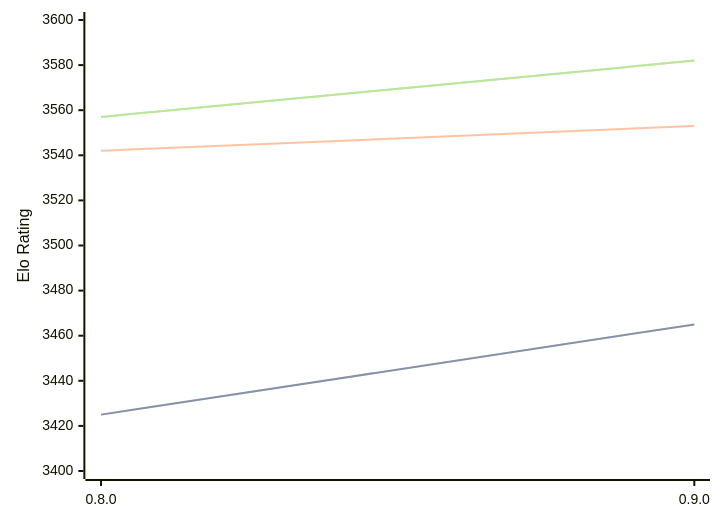
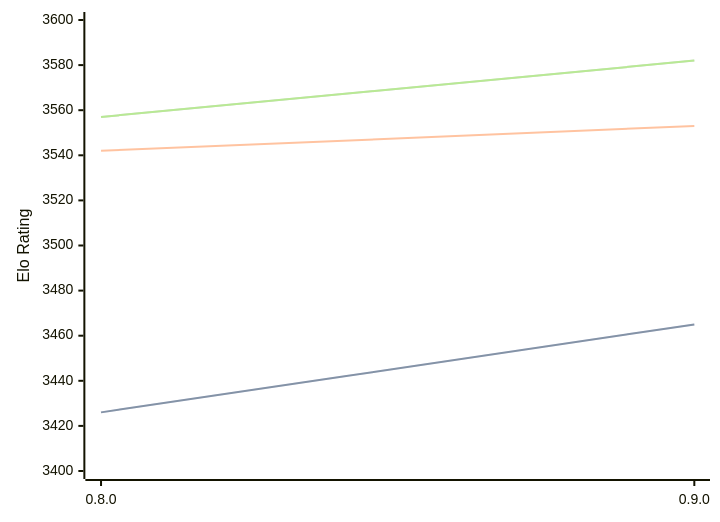
The first of 3 diagrams in engines/Reckless.md (computer-chess-index/cci), drawn with Mermaid before and after one commit. The commit also changed other lines of this file, not shown here.

````diff
--- a/engines/Reckless.md
+++ b/engines/Reckless.md
@@ -39,11 +39,11 @@
 ```mermaid
 %%{init: {"theme":"base","themeVariables":{"seriesColors:['#a3a3a3','#222221','#faa371']}}}%%
 xychart-beta
   x-axis ["0.8.0", "0.9.0"]
   y-axis "Elo Rating" 3400 --> 3600
-  line "STC (8.0+0.08s)" [3425, 3465]
-  line "STC (8.0+0.08s)" [3425, 3465]
+  line "STC (8.0+0.08s)" [3426, 3465]
+  line "STC (8.0+0.08s)" [3426, 3465]
   line "LTC (60.0+0.60s)" [3542, 3553]
   line "VLTC (2m24s+1.12s)" [3557, 3582]
   line "VLTC (2m24s+1.12s)" [3557, 3582]
 ```
````
